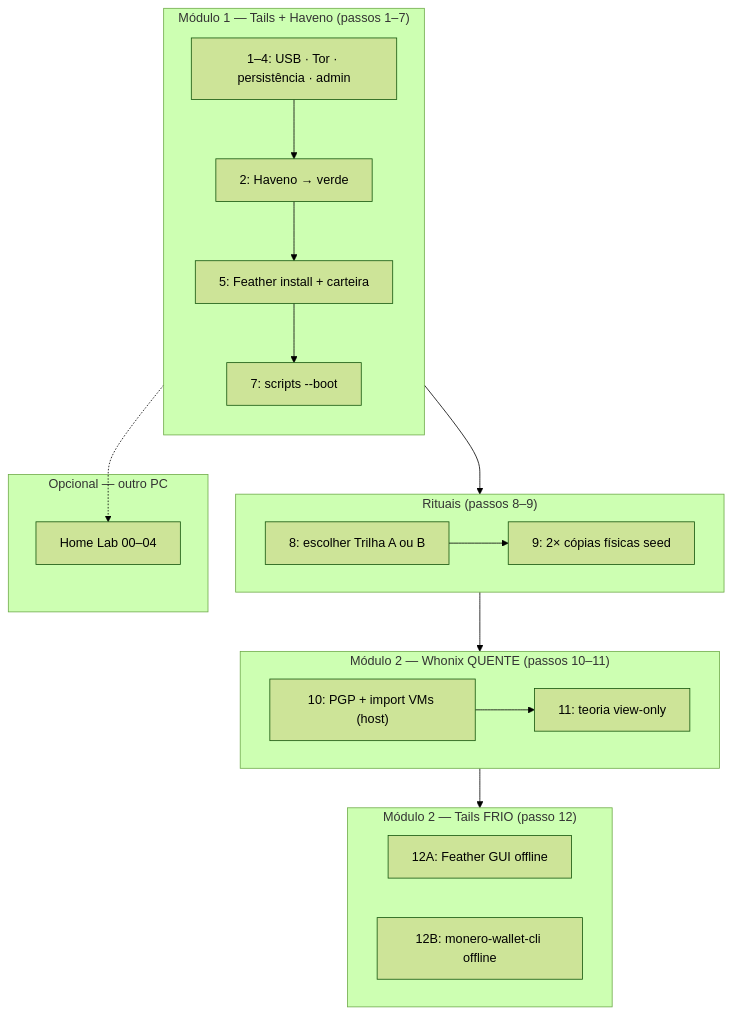
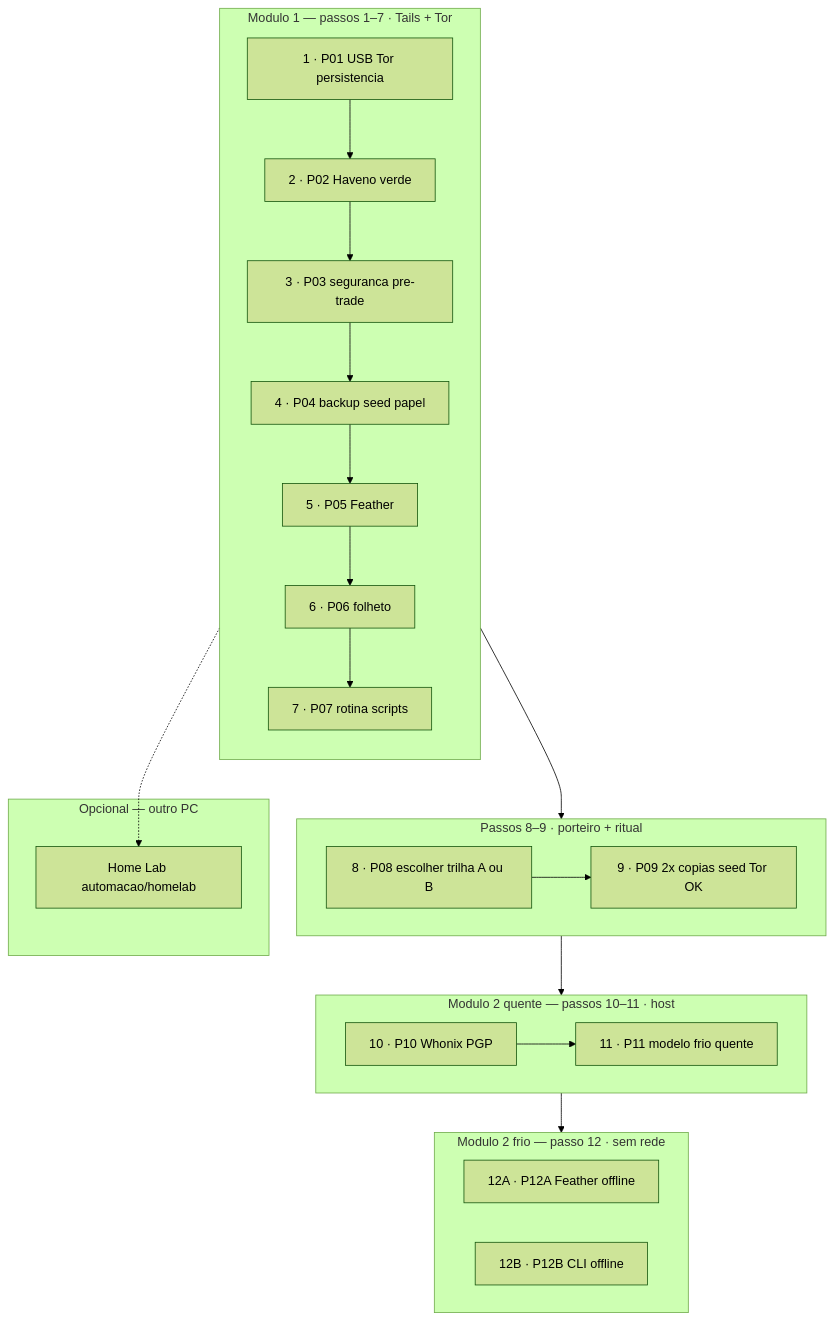
Before and after one commit to VIPs-com/Privacy-OS-Hub: the first of 2 diagrams in trilha/mapa-modos/diagrama-mestre.md, drawn with Mermaid (forest theme). The commit also changed other lines of this file and 3 other files, not shown here.

Commit message:
docs(diagramas): FIG-4 arquitetura v2 no README e FIG-1 trilha 1-12 com P01-P12

````diff
--- a/trilha/mapa-modos/diagrama-mestre.md
+++ b/trilha/mapa-modos/diagrama-mestre.md
@@ -9,36 +10,39 @@
 ```mermaid
 flowchart TB
-  subgraph M1["Módulo 1 — Tails + Haveno (passos 1–7)"]
+  subgraph M1["Modulo 1 — passos 1–7 · Tails + Tor"]
     direction TB
-    P1["1–4: USB · Tor · persistência · admin"]
-    P2["2: Haveno → verde"]
-    P5["5: Feather install + carteira"]
-    P7["7: scripts --boot"]
-    P1 --> P2 --> P5 --> P7
+    N1["1 · P01 USB Tor persistencia"]
+    N2["2 · P02 Haveno verde"]
+    N3["3 · P03 seguranca pre-trade"]
+    N4["4 · P04 backup seed papel"]
+    N5["5 · P05 Feather"]
+    N6["6 · P06 folheto"]
+    N7["7 · P07 rotina scripts"]
+    N1 --> N2 --> N3 --> N4 --> N5 --> N6 --> N7
   end
 
-  subgraph RITUAL["Rituais (passos 8–9)"]
-    P8["8: escolher Trilha A ou B"]
-    P9["9: 2× cópias físicas seed"]
-    P8 --> P9
+  subgraph P89["Passos 8–9 · porteiro + ritual"]
+    N8["8 · P08 escolher trilha A ou B"]
+    N9["9 · P09 2x copias seed Tor OK"]
+    N8 --> N9
   end
 
-  subgraph M2H["Módulo 2 — Whonix QUENTE (passos 10–11)"]
-    P10["10: PGP + import VMs (host)"]
-    P11["11: teoria view-only"]
-    P10 --> P11
+  subgraph M2Q["Modulo 2 quente — passos 10–11 · host"]
+    N10["10 · P10 Whonix PGP"]
+    N11["11 · P11 modelo frio quente"]
+    N10 --> N11
   end
 
-  subgraph M2F["Módulo 2 — Tails FRIO (passo 12)"]
-    P12A["12A: Feather GUI offline"]
-    P12B["12B: monero-wallet-cli offline"]
+  subgraph M2F["Modulo 2 frio — passo 12 · sem rede"]
+    N12A["12A · P12A Feather offline"]
+    N12B["12B · P12B CLI offline"]
   end
 
-  M1 --> RITUAL --> M2H --> M2F
+  M1 --> P89 --> M2Q --> M2F
 
   subgraph OPT["Opcional — outro PC"]
-    HL["Home Lab 00–04"]
+    HL["Home Lab automacao/homelab"]
   end
 
-  M1 -.-> HL
+  N5 -.-> HL
 ```
````
